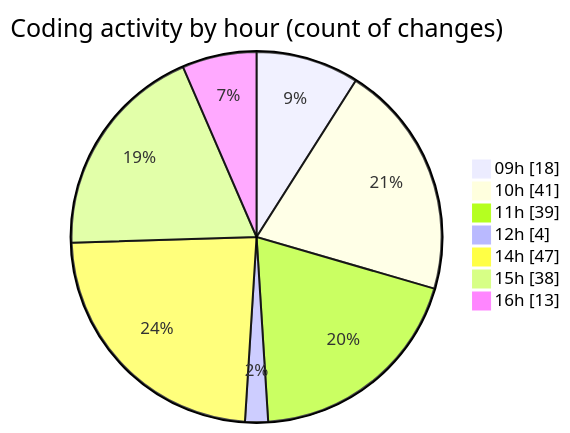
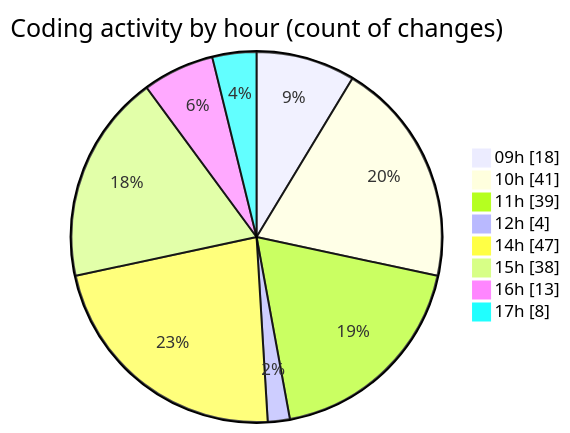
Before and after one commit to momahboobian/code-tracking: the second of 2 diagrams in 2025-02-11/cda/README.md, drawn with Mermaid. The commit also changed other lines of this file and 1 other file, not shown here.

````diff
--- a/2025-02-11/cda/README.md
+++ b/2025-02-11/cda/README.md
@@ -34,11 +34,12 @@
 ```mermaid
 pie showData
 title Coding activity by hour (count of changes)
 "09h" : 18
 "10h" : 41
 "11h" : 39
 "12h" : 4
 "14h" : 47
 "15h" : 38
 "16h" : 13
+"17h" : 8
 ```
````
